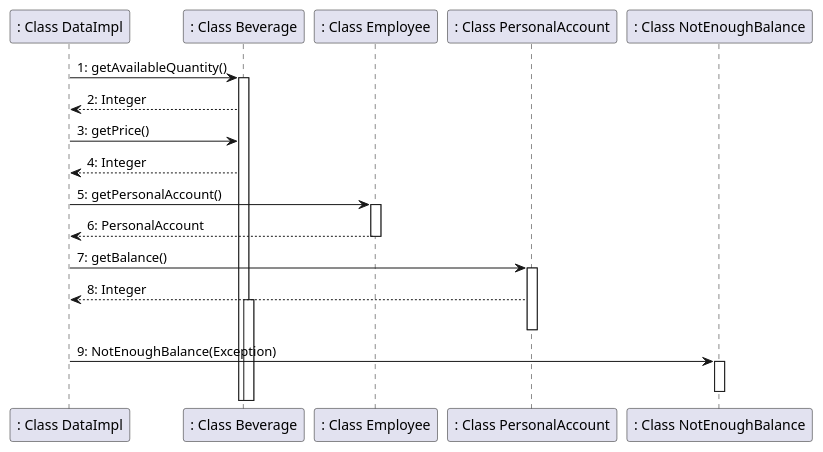
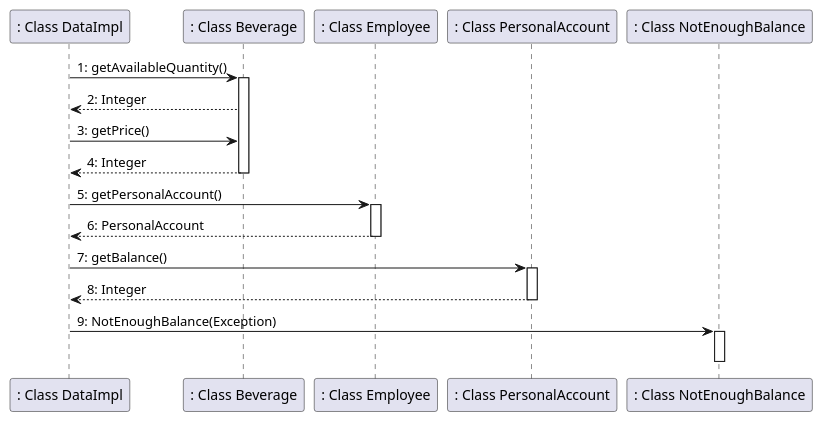
One commit to salvatore-dimartino/LaTazza changed the seventh of 7 diagrams in templates/DesignDocumentTemplate.md. Above: the diagram before and after it, drawn with PlantUML. The commit also changed other lines of this file, not shown here.

````diff
--- a/templates/DesignDocumentTemplate.md
+++ b/templates/DesignDocumentTemplate.md
@@ -465,19 +468,19 @@
 ```plantuml
 ": Class DataImpl" -> ": Class Beverage": 1: getAvailableQuantity()
 activate ": Class Beverage"
 ": Class Beverage" --> ": Class DataImpl": 2: Integer
 ": Class DataImpl" -> ": Class Beverage": 3: getPrice()
 ": Class Beverage" --> ": Class DataImpl": 4: Integer
+deactivate ": Class Beverage"
 ": Class DataImpl" -> ": Class Employee": 5: getPersonalAccount()
 activate ": Class Employee"
 ": Class Employee" --> ": Class DataImpl": 6: PersonalAccount
 deactivate ": Class Employee"
 ": Class DataImpl" -> ": Class PersonalAccount": 7: getBalance()
 activate ": Class PersonalAccount"
 ": Class PersonalAccount" --> ": Class DataImpl": 8: Integer
-activate ": Class Beverage"
 deactivate ": Class PersonalAccount"
 ": Class DataImpl" -> ": Class NotEnoughBalance": 9: NotEnoughBalance(Exception)
 activate ": Class NotEnoughBalance"
 deactivate ": Class NotEnoughBalance"
 ```
````
